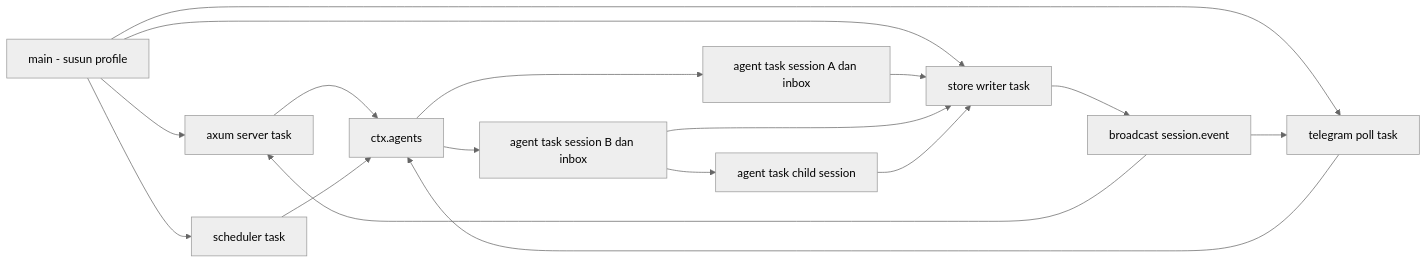
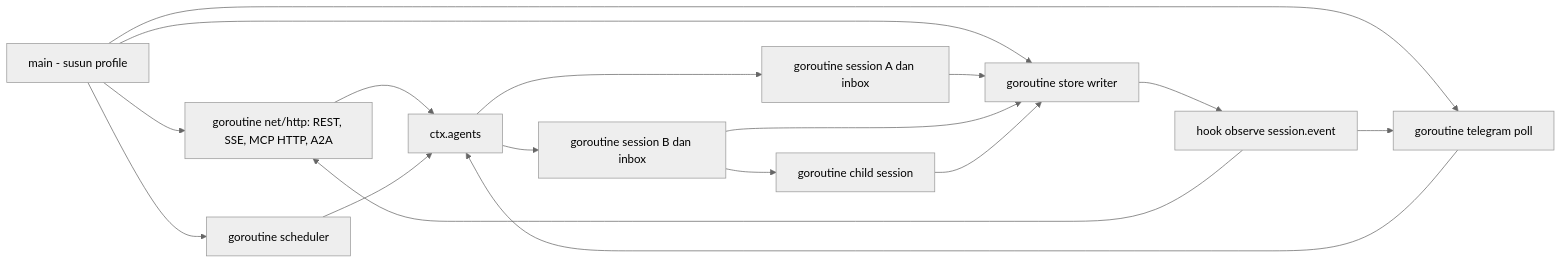
Before and after one commit to ridhomujizat/lana-harness: the fourth of 6 diagrams in docs/diagram/0001-system-context-dan-roadmap.md, drawn with Mermaid (neutral theme). The commit also changed other lines of this file and 24 other files, not shown here.

````diff
--- a/docs/diagram/0001-system-context-dan-roadmap.md
+++ b/docs/diagram/0001-system-context-dan-roadmap.md
@@ -135,19 +148,19 @@
 ```mermaid
 flowchart LR
-  Main["main - susun profile"] --> Axum["axum server task"]
-  Main --> TGPoll["telegram poll task"]
-  Main --> SchedT["scheduler task"]
-  Main --> Writer["store writer task"]
-  Axum --> Reg["ctx.agents"]
+  Main["main - susun profile"] --> HTTP["goroutine net/http: REST, SSE, MCP HTTP, A2A"]
+  Main --> TGPoll["goroutine telegram poll"]
+  Main --> SchedT["goroutine scheduler"]
+  Main --> Writer["goroutine store writer"]
+  HTTP --> Reg["ctx.agents"]
   TGPoll --> Reg
   SchedT --> Reg
-  Reg --> A1["agent task session A dan inbox"]
-  Reg --> A2["agent task session B dan inbox"]
-  A2 --> Sub["agent task child session"]
+  Reg --> A1["goroutine session A dan inbox"]
+  Reg --> A2["goroutine session B dan inbox"]
+  A2 --> Sub["goroutine child session"]
   A1 --> Writer
   A2 --> Writer
   Sub --> Writer
-  Writer --> Bus["broadcast session.event"]
-  Bus --> Axum
+  Writer --> Bus["hook observe session.event"]
+  Bus --> HTTP
   Bus --> TGPoll
 ```
````
